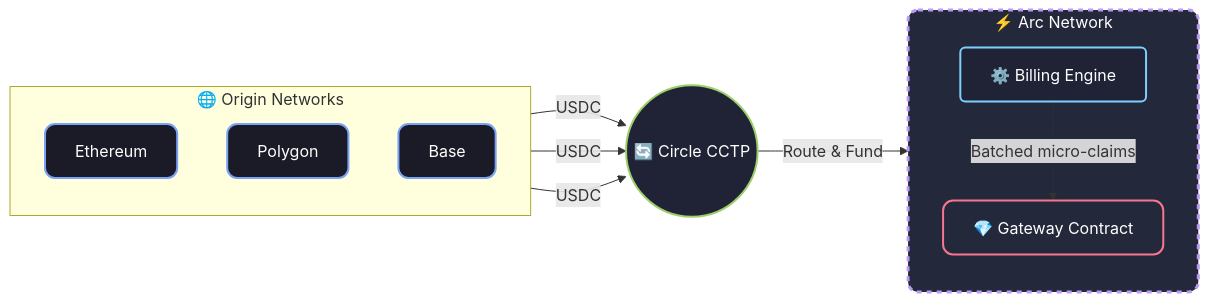
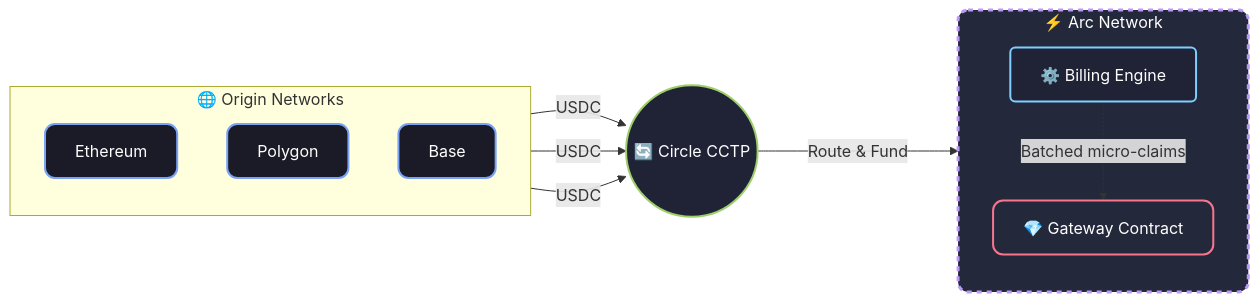
Before and after one commit to JaDi03/-Arc-Cashier: the second of 2 diagrams in README.md, drawn with Mermaid. The commit also changed other lines of this file, not shown here.

Commit message:
docs: fix mermaid label overlap and make network diagram visible

````diff
--- a/README.md
+++ b/README.md
@@ -219,32 +216,32 @@
 ```mermaid
 flowchart LR
     %% Custom Premium Styling
     classDef origin fill:#1A1B26,stroke:#7AA2F7,stroke-width:2px,color:#FFFFFF,rx:10,ry:10
     classDef cctp fill:#1F2335,stroke:#9ECE6A,stroke-width:2px,color:#FFFFFF,rx:10,ry:10
     classDef arc fill:#24283B,stroke:#BB9AF7,stroke-width:3px,color:#FFFFFF,rx:10,ry:10,stroke-dasharray: 5 5
     classDef blockchain fill:#24283B,stroke:#F7768E,stroke-width:2px,color:#FFFFFF,rx:10,ry:10
     classDef engine fill:#1F2335,stroke:#7DCFFF,stroke-width:2px,color:#FFFFFF,rx:5,ry:5
 
     subgraph Origins ["🌐 Origin Networks"]
         direction TB
         ETH["Ethereum"]:::origin
         POL["Polygon"]:::origin
         BAS["Base"]:::origin
     end
 
     CCTP(("🔄 Circle CCTP")):::cctp
     
     subgraph ArcNet ["⚡ Arc Network"]
         direction TB
         Gateway["💎 Gateway Contract"]:::blockchain
         Engine["⚙️ Billing Engine"]:::engine
     end
     class ArcNet arc
 
     ETH -->|"USDC"| CCTP
     POL -->|"USDC"| CCTP
     BAS -->|"USDC"| CCTP
     
-    CCTP -->|"Route & Fund"| Gateway
+    CCTP --->|"Route & Fund"| Gateway
     Engine -.->|"Batched micro-claims"| Gateway
 ```
````
